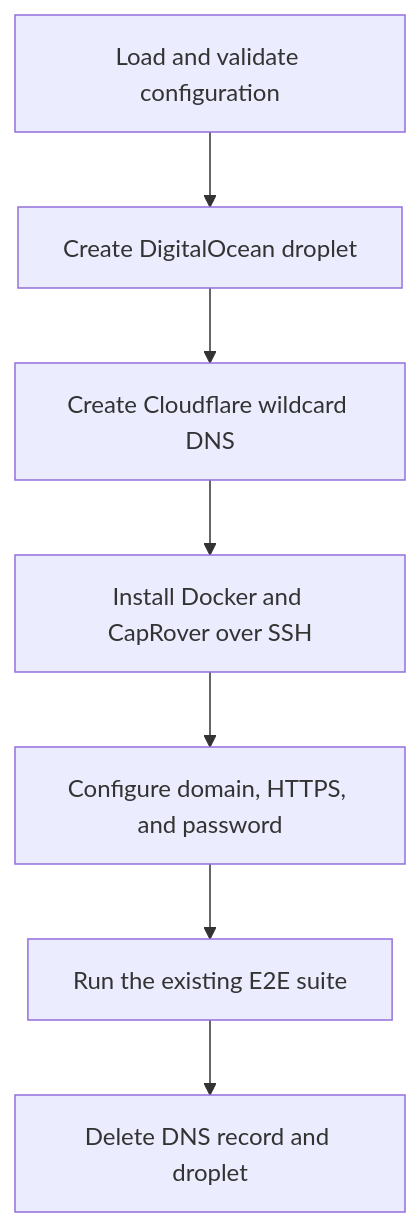
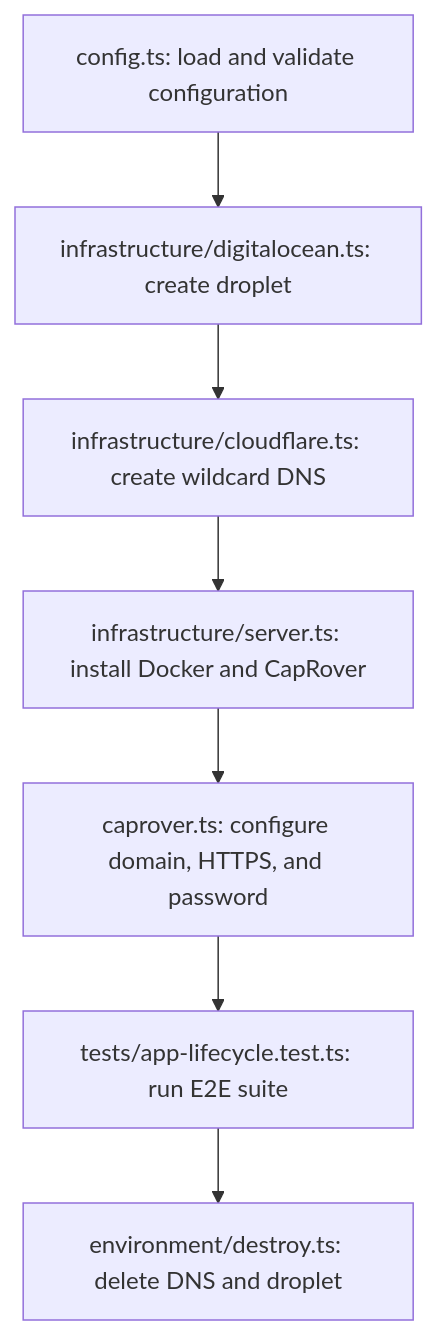
The first of 2 diagrams in provisioning/README.md (caprover/caprover-e2e), drawn with Mermaid before and after one commit. The commit also changed other lines of this file, not shown here.

Commit message:
Reference implementation files in provisioning diagrams

````diff
--- a/provisioning/README.md
+++ b/provisioning/README.md
@@ -9,9 +9,9 @@
 ```mermaid
 flowchart TD
-    A["Load and validate configuration"] --> B["Create DigitalOcean droplet"]
-    B --> C["Create Cloudflare wildcard DNS"]
-    C --> D["Install Docker and CapRover over SSH"]
-    D --> E["Configure domain, HTTPS, and password"]
-    E --> F["Run the existing E2E suite"]
-    F --> G["Delete DNS record and droplet"]
+    A["config.ts: load and validate configuration"] --> B["infrastructure/digitalocean.ts: create droplet"]
+    B --> C["infrastructure/cloudflare.ts: create wildcard DNS"]
+    C --> D["infrastructure/server.ts: install Docker and CapRover"]
+    D --> E["caprover.ts: configure domain, HTTPS, and password"]
+    E --> F["tests/app-lifecycle.test.ts: run E2E suite"]
+    F --> G["environment/destroy.ts: delete DNS and droplet"]
 ```
````
